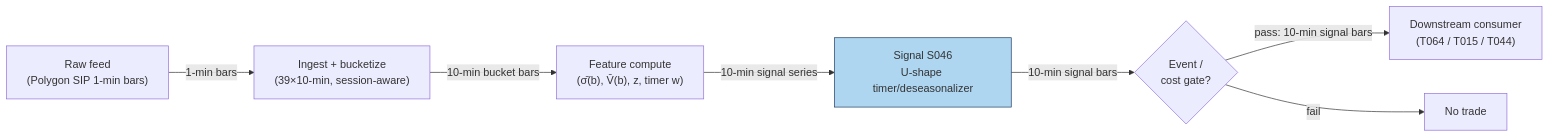
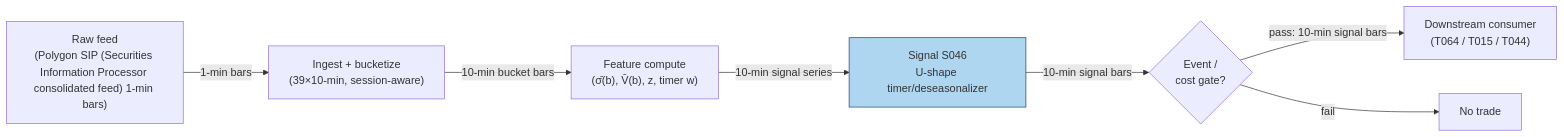
One commit to praveenguptahcl/quant-signals-deep changed the diagram in batches/SB6/S046.md. Above: the diagram before and after it, drawn with Mermaid. The commit also changed other lines of this file and 29 other files, not shown here.

````diff
--- a/batches/SB6/S046.md
+++ b/batches/SB6/S046.md
@@ -131,10 +132,10 @@
 ```mermaid
 flowchart LR
-    FEED["Raw feed\n(Polygon SIP 1-min bars)"] -->|"1-min bars"| ING["Ingest + bucketize\n(39×10-min, session-aware)"]
+    FEED["Raw feed\n(Polygon SIP (Securities Information Processor consolidated feed) 1-min bars)"] -->|"1-min bars"| ING["Ingest + bucketize\n(39×10-min, session-aware)"]
     ING -->|"10-min bucket bars"| FEAT["Feature compute\n(σ̄(b), V̄(b), z, timer w)"]
     FEAT -->|"10-min signal series"| SIG["Signal S046\nU-shape timer/deseasonalizer"]
     SIG -->|"10-min signal bars"| GATE{"Event /\ncost gate?"}
     GATE -->|"pass: 10-min signal bars"| OUT["Downstream consumer\n(T064 / T015 / T044)"]
     GATE -->|fail| DROP["No trade"]
     style SIG fill:#aed6f1,stroke:#1f3a5f
 ```
````
